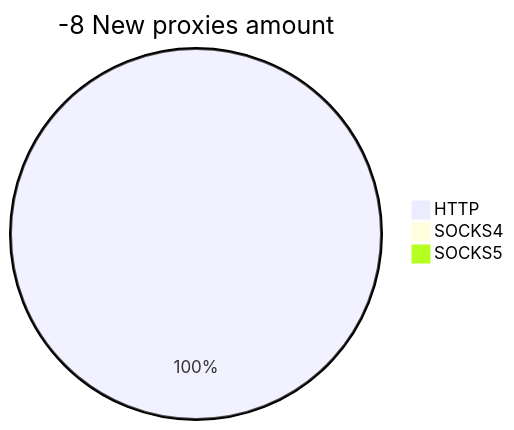
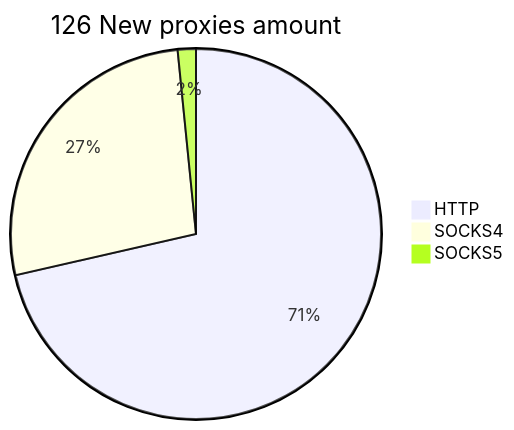
One commit to cutipu/proxylist changed the second of 2 diagrams in README.md. Above: the diagram before and after it, drawn with Mermaid. The commit also changed other lines of this file, not shown here.

````diff
--- a/README.md
+++ b/README.md
@@ -10,6 +10,6 @@
 ```mermaid
-pie title -8 New proxies amount
-    "HTTP" : 16
-    "SOCKS4" : 0
-    "SOCKS5" : 0
+pie title 126 New proxies amount
+    "HTTP" : 90
+    "SOCKS4" : 34
+    "SOCKS5" : 2
 ```
````
